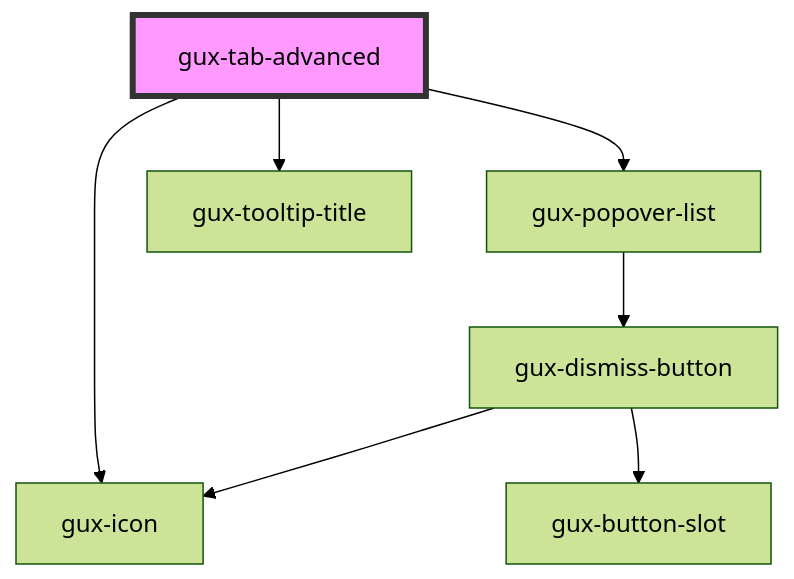
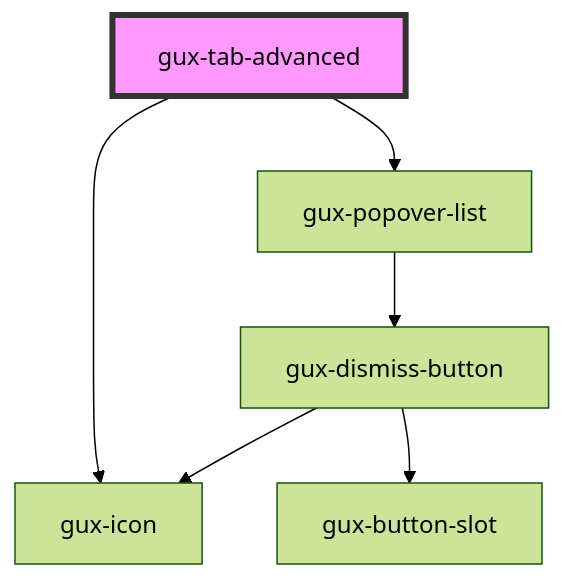
The diagram in packages/genesys-spark-components/src/components/stable/gux-tabs-advanced/gux-tab-advanced/readme.md (Pragadeeeshr/genesys-spark), drawn with Mermaid (forest theme) before and after one commit. The commit also changed other lines of this file and 13 other files, not shown here.

Commit message:
chore(gux-tabs-advanced): fix merge conflicts

````diff
--- a/packages/genesys-spark-components/src/components/stable/gux-tabs-advanced/gux-tab-advanced/readme.md
+++ b/packages/genesys-spark-components/src/components/stable/gux-tabs-advanced/gux-tab-advanced/readme.md
@@ -72,10 +72,9 @@
 ```mermaid
 graph TD;
   gux-tab-advanced --> gux-icon
   gux-tab-advanced --> gux-popover-list
-  gux-tab-advanced --> gux-tooltip-title
   gux-popover-list --> gux-dismiss-button
   gux-dismiss-button --> gux-button-slot
   gux-dismiss-button --> gux-icon
   style gux-tab-advanced fill:#f9f,stroke:#333,stroke-width:4px
 ```
````
